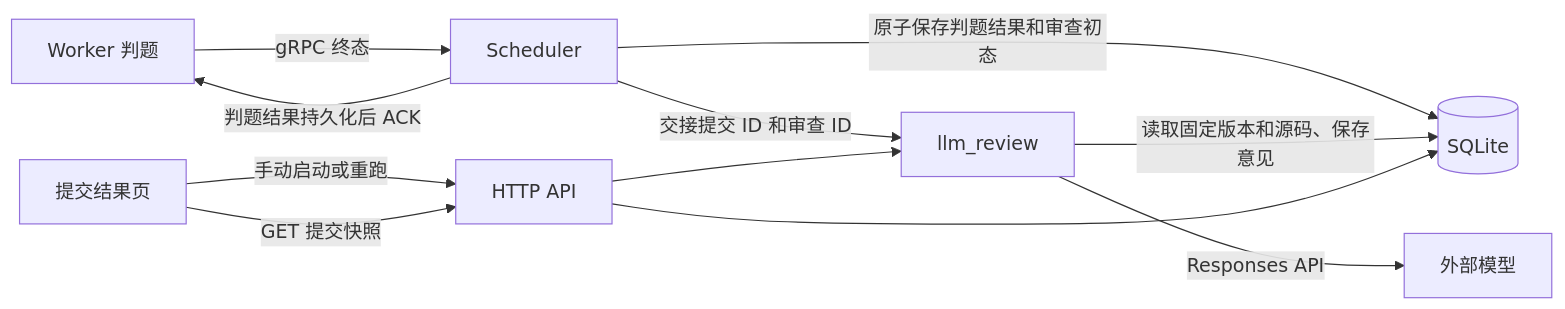
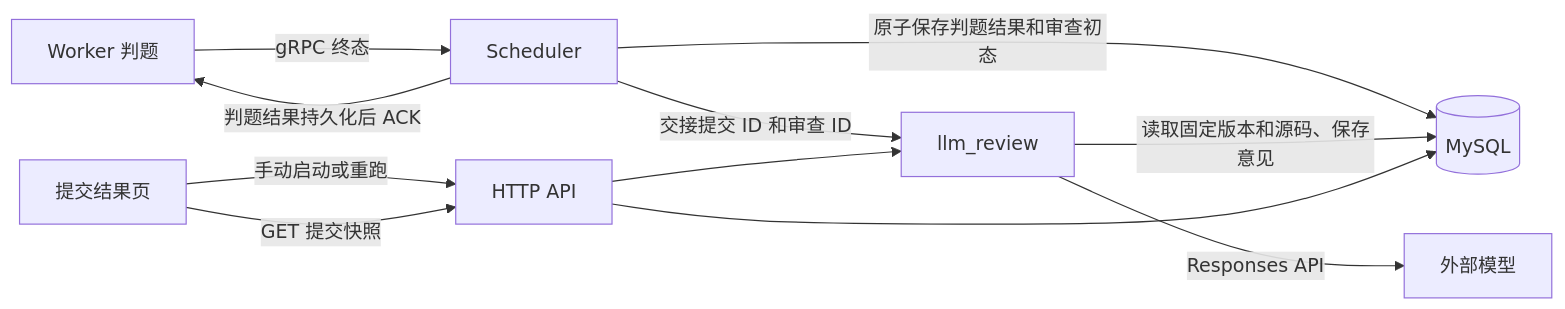
Before and after one commit to Reto911/acorn: the diagram in docs/08-llm-code-review-design.md, drawn with Mermaid. The commit also changed other lines of this file and 27 other files, not shown here.

````diff
--- a/docs/08-llm-code-review-design.md
+++ b/docs/08-llm-code-review-design.md
@@ -66,13 +66,13 @@
 ```mermaid
 flowchart LR
     Worker[Worker 判题] -->|gRPC 终态| Scheduler
-    Scheduler -->|原子保存判题结果和审查初态| DB[(SQLite)]
+    Scheduler -->|原子保存判题结果和审查初态| DB[(MySQL)]
     Scheduler -->|判题结果持久化后 ACK| Worker
     Scheduler -->|交接提交 ID 和审查 ID| Review[llm_review]
     UI[提交结果页] -->|手动启动或重跑| HTTP[HTTP API]
     HTTP --> Review
     Review -->|读取固定版本和源码、保存意见| DB
     Review -->|Responses API| LLM[外部模型]
     UI -->|GET 提交快照| HTTP
     HTTP --> DB
 ```
````
